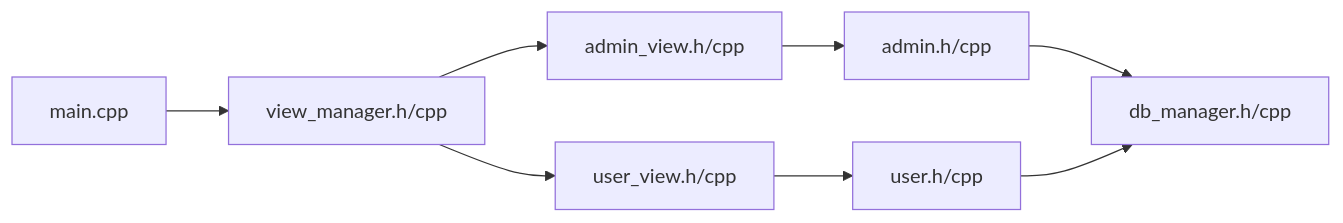
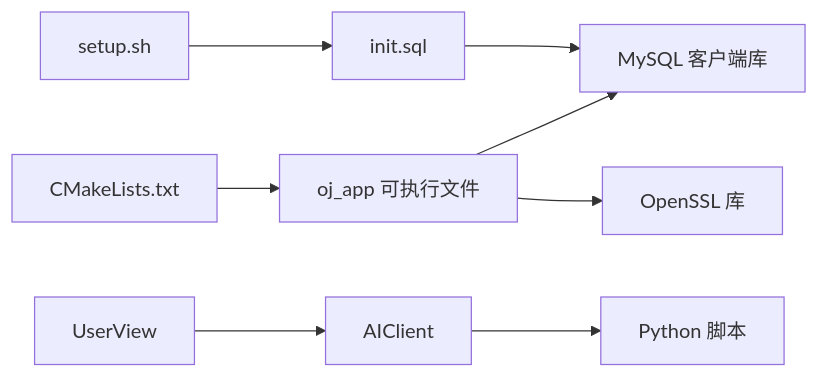
One commit to jinpeng900/OJ-Test changed the ninth of 9 diagrams in .qoder/repowiki/zh/content/系统架构设计/整体架构概览.md. Above: the diagram before and after it, drawn with Mermaid. The commit also changed other lines of this file and 65 other files, not shown here.

````diff
--- a/.qoder/repowiki/zh/content/系统架构设计/整体架构概览.md
+++ b/.qoder/repowiki/zh/content/系统架构设计/整体架构概览.md
@@ -410,10 +386,10 @@
 ```mermaid
 graph LR
-MAIN["main.cpp"] --> VM["view_manager.h/cpp"]
-VM --> AV["admin_view.h/cpp"]
-VM --> UV["user_view.h/cpp"]
-AV --> ADM["admin.h/cpp"]
-UV --> USR["user.h/cpp"]
-ADM --> DB["db_manager.h/cpp"]
-USR --> DB
+CMake["CMakeLists.txt"] --> Build["oj_app 可执行文件"]
+Build --> MySQL["MySQL 客户端库"]
+Build --> OpenSSL["OpenSSL 库"]
+setup["setup.sh"] --> initSQL["init.sql"]
+initSQL --> MySQL
+UserView["UserView"] --> AIClient["AIClient"]
+AIClient --> Python["Python 脚本"]
 ```
````
